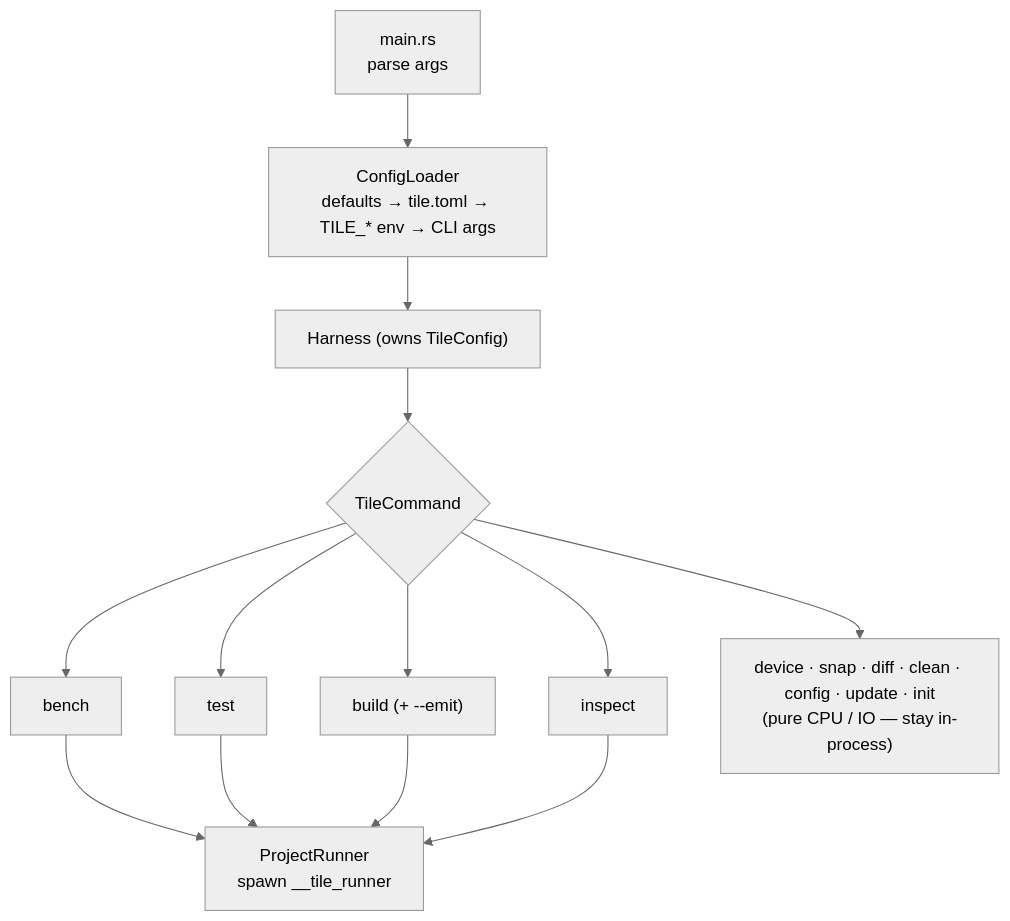
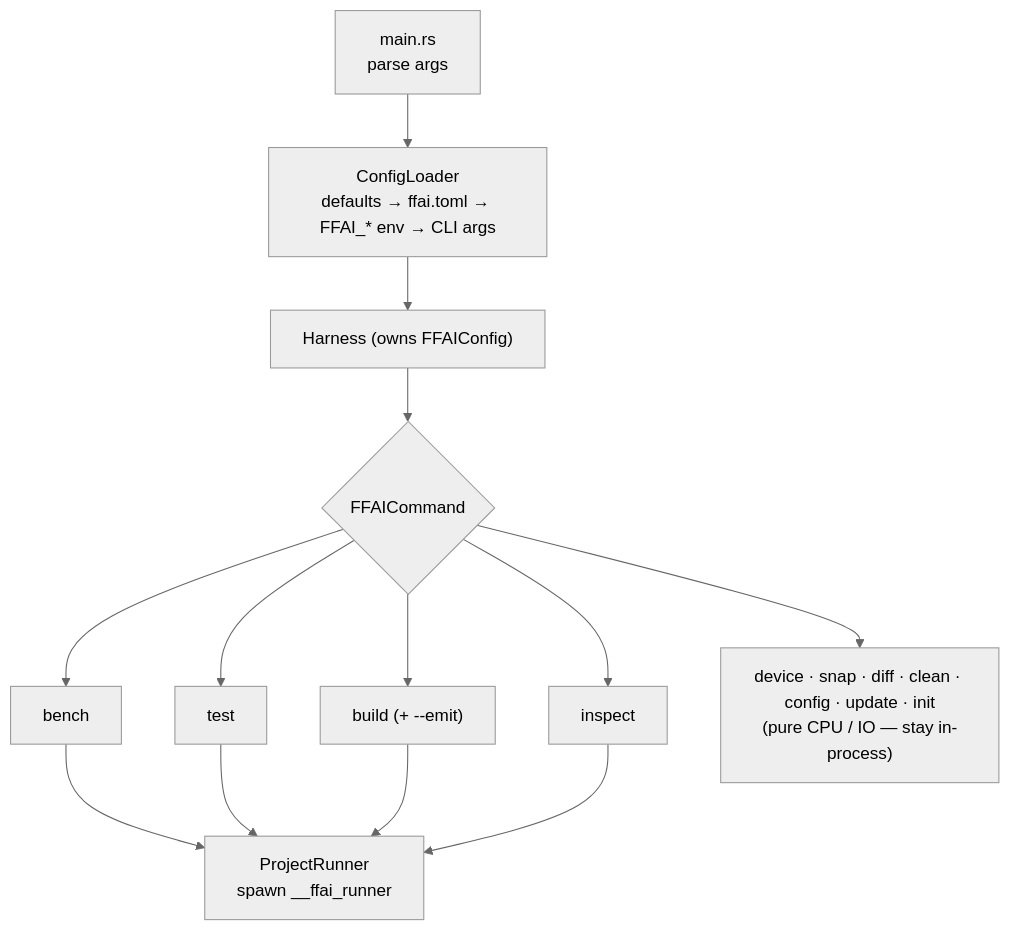
Before and after one commit to giveen/iron: the third of 6 diagrams in docs/specs/ARCHITECTURE.md, drawn with Mermaid (neutral theme). The commit also changed other lines of this file and 518 other files, not shown here.

First line of the commit message:
refactor: rebrand MetalTile → FFAI Kernels (docs, copyright, code identifiers) (#40)

````diff
--- a/docs/specs/ARCHITECTURE.md
+++ b/docs/specs/ARCHITECTURE.md
@@ -93,15 +93,15 @@
 ```mermaid
 flowchart TD
-    main["main.rs<br/>parse args"] --> cfg["ConfigLoader<br/>defaults → tile.toml → TILE_* env → CLI args"]
-    cfg --> harness["Harness (owns TileConfig)"]
-    harness --> cmd{TileCommand}
+    main["main.rs<br/>parse args"] --> cfg["ConfigLoader<br/>defaults → ffai.toml → FFAI_* env → CLI args"]
+    cfg --> harness["Harness (owns FFAIConfig)"]
+    harness --> cmd{FFAICommand}
     cmd --> bench["bench"]
     cmd --> test["test"]
     cmd --> build["build (+ --emit)"]
     cmd --> inspect["inspect"]
     cmd --> other["device · snap · diff · clean · config · update · init<br/>(pure CPU / IO — stay in-process)"]
-    bench --> pr["ProjectRunner<br/>spawn __tile_runner"]
+    bench --> pr["ProjectRunner<br/>spawn __ffai_runner"]
     test --> pr
     build --> pr
     inspect --> pr
 ```
````
